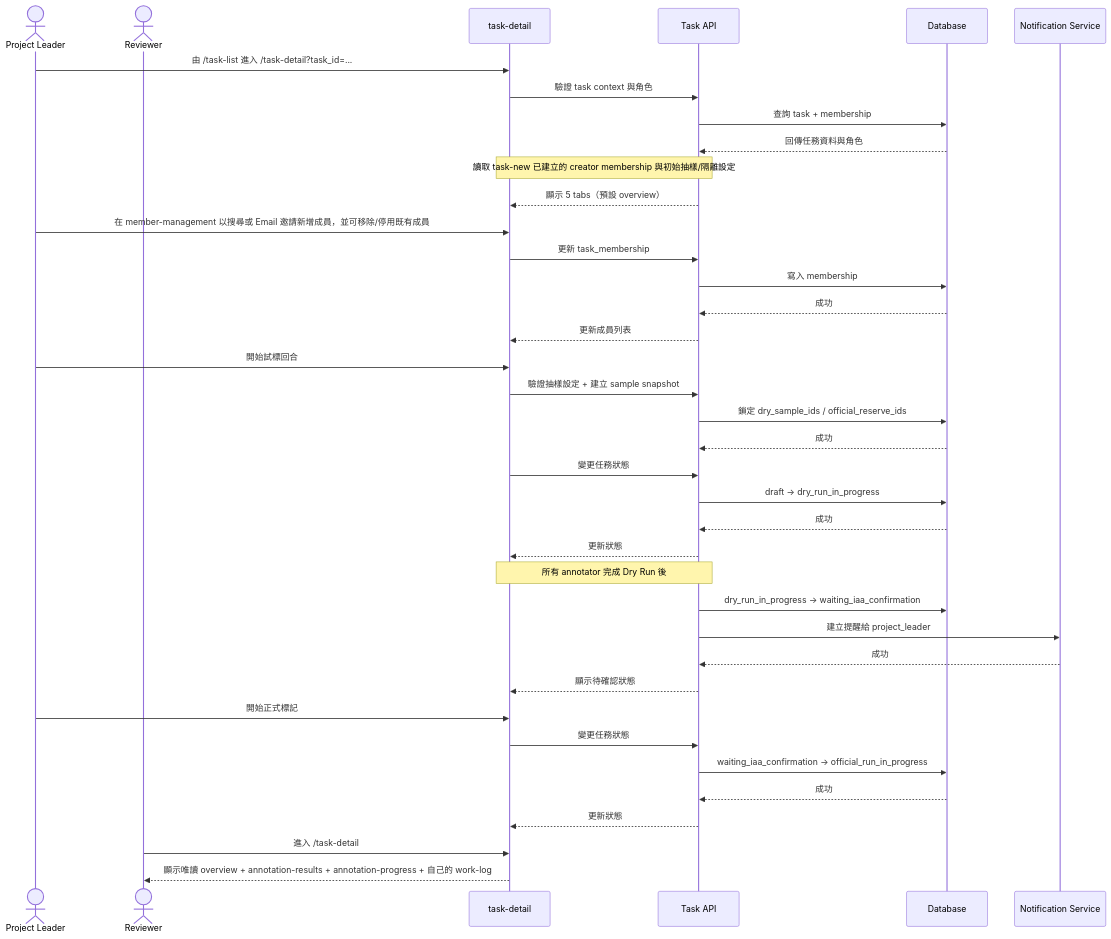
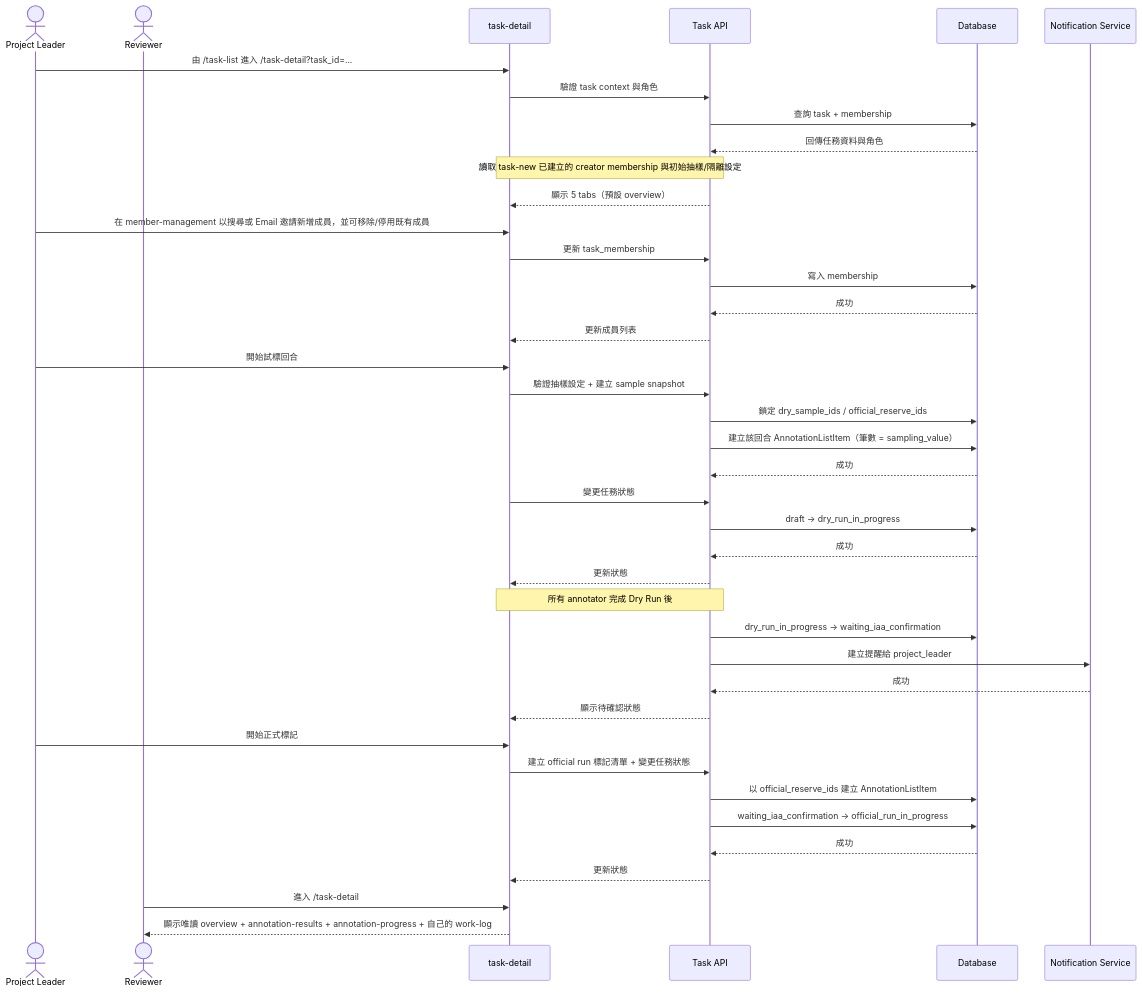
The first of 2 diagrams in specs/task-management/014-task-detail/spec.md (singyichen/label-suite), drawn with Mermaid before and after one commit. The commit also changed other lines of this file and 7 other files, not shown here.

Commit message:
fix(prototype): align task run states and annotation lists

````diff
--- a/specs/task-management/014-task-detail/spec.md
+++ b/specs/task-management/014-task-detail/spec.md
@@ -40,46 +41,48 @@
 ```mermaid
 sequenceDiagram
     actor PL as Project Leader
     actor RV as Reviewer
     participant UI as task-detail
     participant API as Task API
     participant DB as Database
     participant Notify as Notification Service
 
     PL->>UI: 由 /task-list 進入 /task-detail?task_id=...
     UI->>API: 驗證 task context 與角色
     API->>DB: 查詢 task + membership
     DB-->>API: 回傳任務資料與角色
     Note over UI,API: 讀取 task-new 已建立的 creator membership 與初始抽樣/隔離設定
     API-->>UI: 顯示 5 tabs（預設 overview）
 
     PL->>UI: 在 member-management 以搜尋或 Email 邀請新增成員，並可移除/停用既有成員
     UI->>API: 更新 task_membership
     API->>DB: 寫入 membership
     DB-->>API: 成功
     API-->>UI: 更新成員列表
 
     PL->>UI: 開始試標回合
     UI->>API: 驗證抽樣設定 + 建立 sample snapshot
     API->>DB: 鎖定 dry_sample_ids / official_reserve_ids
+    API->>DB: 建立該回合 AnnotationListItem（筆數 = sampling_value）
     DB-->>API: 成功
     UI->>API: 變更任務狀態
     API->>DB: draft -> dry_run_in_progress
     DB-->>API: 成功
     API-->>UI: 更新狀態
 
     Note over UI,API: 所有 annotator 完成 Dry Run 後
     API->>DB: dry_run_in_progress -> waiting_iaa_confirmation
     API->>Notify: 建立提醒給 project_leader
     Notify-->>API: 成功
     API-->>UI: 顯示待確認狀態
 
     PL->>UI: 開始正式標記
-    UI->>API: 變更任務狀態
+    UI->>API: 建立 official run 標記清單 + 變更任務狀態
+    API->>DB: 以 official_reserve_ids 建立 AnnotationListItem
     API->>DB: waiting_iaa_confirmation -> official_run_in_progress
     DB-->>API: 成功
     API-->>UI: 更新狀態
 
     RV->>UI: 進入 /task-detail
     UI-->>RV: 顯示唯讀 overview + annotation-results + annotation-progress + 自己的 work-log
 ```
````
